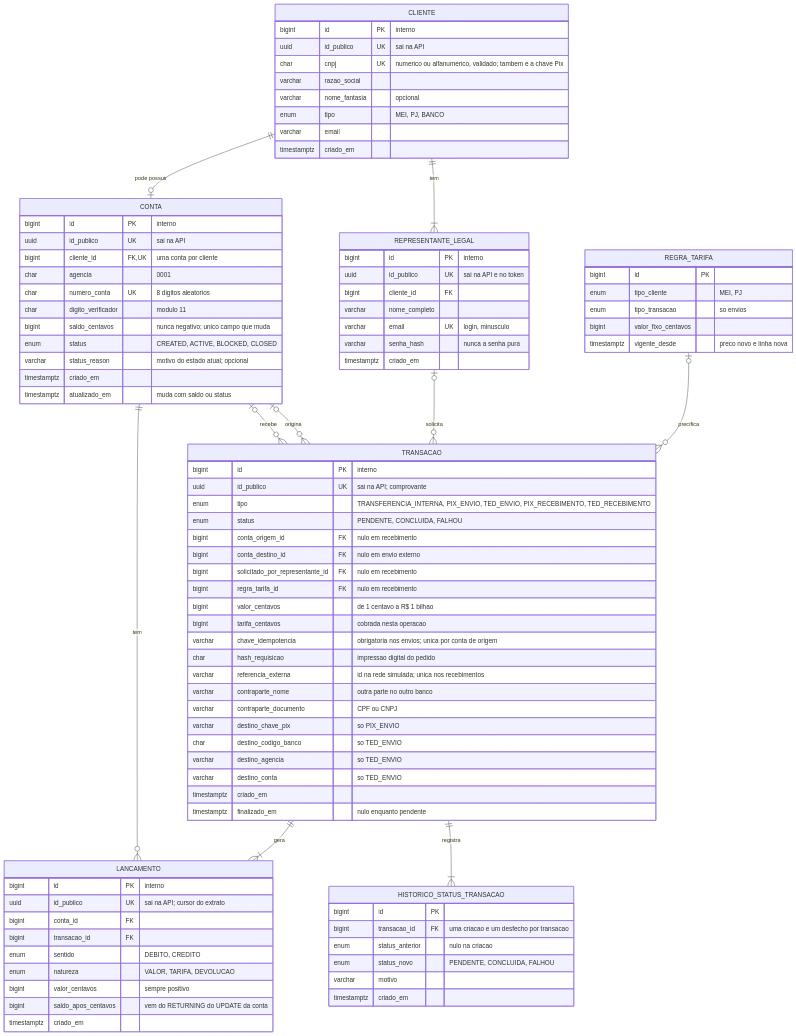
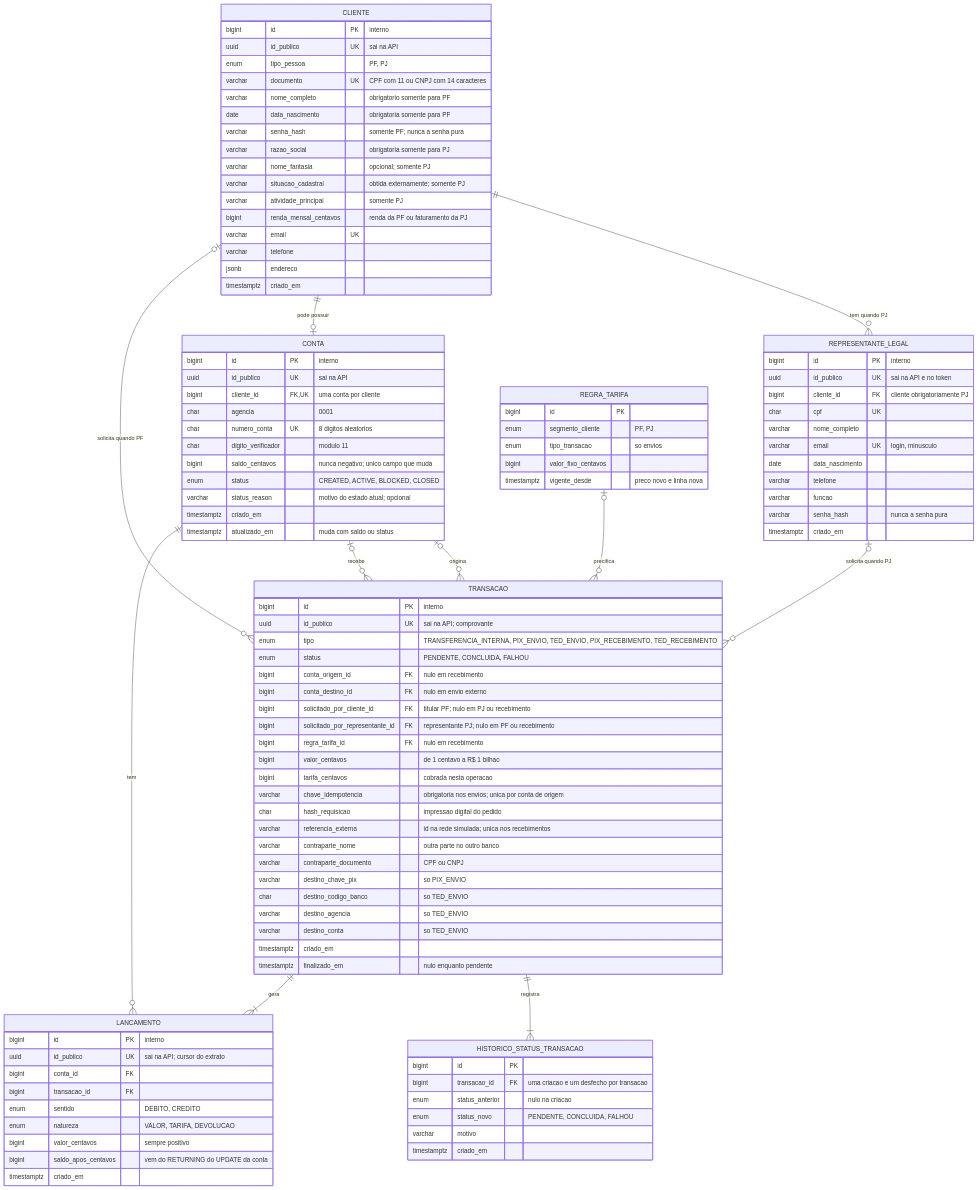
One commit to MariaEduarda-lab/dudroncio changed the diagram in rfc.md. Above: the diagram before and after it, drawn with Mermaid. The commit also changed other lines of this file, not shown here.

Commit message:
fix: adiciona generalismo do banco de dados, englobando PF

````diff
--- a/rfc.md
+++ b/rfc.md
@@ -62,10 +91,11 @@
 ```mermaid
 erDiagram
-    CLIENTE ||--|{ REPRESENTANTE_LEGAL : "tem"
+    CLIENTE ||--o{ REPRESENTANTE_LEGAL : "tem quando PJ"
     CLIENTE ||--o| CONTA : "pode possuir"
+    CLIENTE |o--o{ TRANSACAO : "solicita quando PF"
     CONTA |o--o{ TRANSACAO : "origina"
     CONTA |o--o{ TRANSACAO : "recebe"
-    REPRESENTANTE_LEGAL |o--o{ TRANSACAO : "solicita"
+    REPRESENTANTE_LEGAL |o--o{ TRANSACAO : "solicita quando PJ"
     REGRA_TARIFA |o--o{ TRANSACAO : "precifica"
     TRANSACAO ||--|{ HISTORICO_STATUS_TRANSACAO : "registra"
     TRANSACAO ||--|{ LANCAMENTO : "gera"
@@ -74,20 +104,32 @@
     CLIENTE {
         bigint id PK "interno"
         uuid id_publico UK "sai na API"
-        char cnpj UK "numerico ou alfanumerico, validado; tambem e a chave Pix"
-        varchar razao_social
-        varchar nome_fantasia "opcional"
-        enum tipo "MEI, PJ, BANCO"
-        varchar email
+        enum tipo_pessoa "PF, PJ"
+        varchar documento UK "CPF com 11 ou CNPJ com 14 caracteres"
+        varchar nome_completo "obrigatorio somente para PF"
+        date data_nascimento "obrigatoria somente para PF"
+        varchar senha_hash "somente PF; nunca a senha pura"
+        varchar razao_social "obrigatoria somente para PJ"
+        varchar nome_fantasia "opcional; somente PJ"
+        varchar situacao_cadastral "obtida externamente; somente PJ"
+        varchar atividade_principal "somente PJ"
+        bigint renda_mensal_centavos "renda da PF ou faturamento da PJ"
+        varchar email UK
+        varchar telefone
+        jsonb endereco
         timestamptz criado_em
     }
 
     REPRESENTANTE_LEGAL {
         bigint id PK "interno"
         uuid id_publico UK "sai na API e no token"
-        bigint cliente_id FK
+        bigint cliente_id FK "cliente obrigatoriamente PJ"
+        char cpf UK
         varchar nome_completo
         varchar email UK "login, minusculo"
+        date data_nascimento
+        varchar telefone
+        varchar funcao
         varchar senha_hash "nunca a senha pura"
         timestamptz criado_em
     }
@@ -108,7 +150,7 @@
 
     REGRA_TARIFA {
         bigint id PK
-        enum tipo_cliente "MEI, PJ"
+        enum segmento_cliente "PF, PJ"
         enum tipo_transacao "so envios"
         bigint valor_fixo_centavos
         timestamptz vigente_desde "preco novo e linha nova"
@@ -121,7 +163,8 @@
         enum status "PENDENTE, CONCLUIDA, FALHOU"
         bigint conta_origem_id FK "nulo em recebimento"
         bigint conta_destino_id FK "nulo em envio externo"
-        bigint solicitado_por_representante_id FK "nulo em recebimento"
+        bigint solicitado_por_cliente_id FK "titular PF; nulo em PJ ou recebimento"
+        bigint solicitado_por_representante_id FK "representante PJ; nulo em PF ou recebimento"
         bigint regra_tarifa_id FK "nulo em recebimento"
         bigint valor_centavos "de 1 centavo a R$ 1 bilhao"
         bigint tarifa_centavos "cobrada nesta operacao"
````
